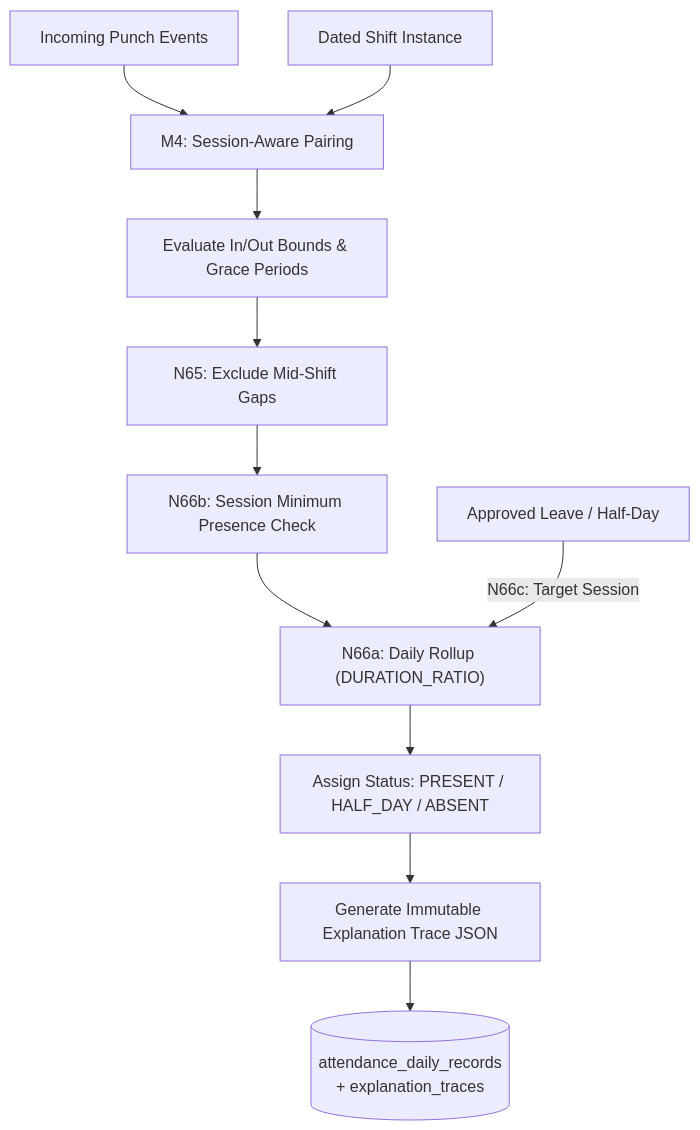
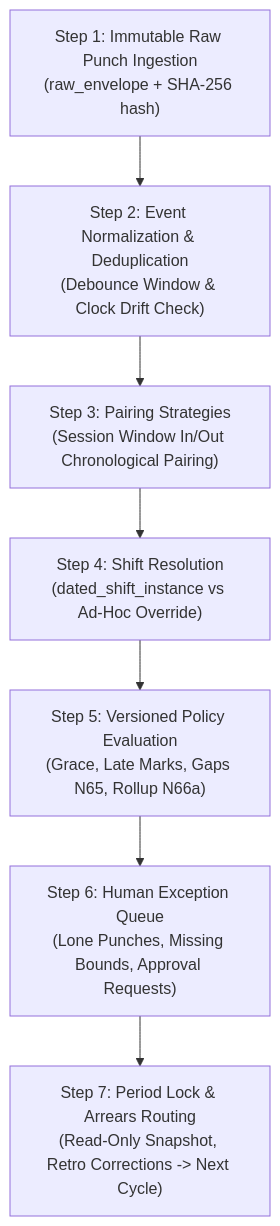
One commit to AniketS2304/APMS_Rebuild changed the diagram in docs/modules/attendance/SPEC.md. Above: the diagram before and after it, drawn with Mermaid. The commit also changed other lines of this file and 10 other files, not shown here.

````diff
--- a/docs/modules/attendance/SPEC.md
+++ b/docs/modules/attendance/SPEC.md
@@ -27,16 +31,9 @@
 ```mermaid
 flowchart TD
-    PCH["Incoming Punch Events"] --> PAIR["M4: Session-Aware Pairing"]
-    SHIFT["Dated Shift Instance"] --> PAIR
-    
-    PAIR --> EVAL["Evaluate In/Out Bounds & Grace Periods"]
-    EVAL --> GAP["N65: Exclude Mid-Shift Gaps"]
-    GAP --> SES_QUAL["N66b: Session Minimum Presence Check"]
-    
-    SES_QUAL --> ROLLUP["N66a: Daily Rollup (DURATION_RATIO)"]
-    LEAVE["Approved Leave / Half-Day"] -->|N66c: Target Session| ROLLUP
-    
-    ROLLUP --> STATUS["Assign Status: PRESENT / HALF_DAY / ABSENT"]
-    STATUS --> TRACE["Generate Immutable Explanation Trace JSON"]
-    TRACE --> DB[("attendance_daily_records\n+ explanation_traces")]
+    S1["Step 1: Immutable Raw Punch Ingestion\n(raw_envelope + SHA-256 hash)"] --> S2["Step 2: Event Normalization & Deduplication\n(Debounce Window & Clock Drift Check)"]
+    S2 --> S3["Step 3: Pairing Strategies\n(Session Window In/Out Chronological Pairing)"]
+    S3 --> S4["Step 4: Shift Resolution\n(dated_shift_instance vs Ad-Hoc Override)"]
+    S4 --> S5["Step 5: Versioned Policy Evaluation\n(Grace, Late Marks, Gaps N65, Rollup N66a)"]
+    S5 --> S6["Step 6: Human Exception Queue\n(Lone Punches, Missing Bounds, Approval Requests)"]
+    S6 --> S7["Step 7: Period Lock & Arrears Routing\n(Read-Only Snapshot, Retro Corrections -> Next Cycle)"]
 ```
````
